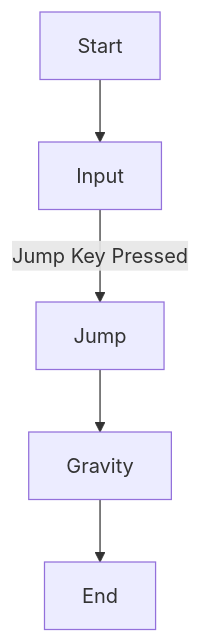
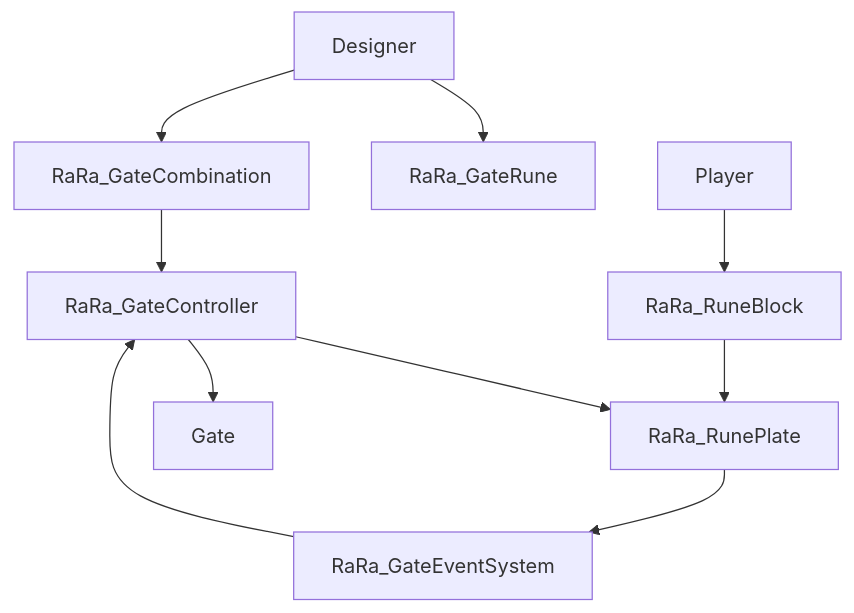
One commit to robblofield/Tomebound-Sketchpad changed the diagram in RaRa_LevelGates.md. Above: the diagram before and after it, drawn with Mermaid. The commit also changed other lines of this file, not shown here.

````diff
--- a/RaRa_LevelGates.md
+++ b/RaRa_LevelGates.md
@@ -1,7 +70,12 @@
 ```mermaid
 graph TD;
-  Start --> Input;
-  Input -->|Jump Key Pressed| Jump;
-  Jump --> Gravity;
-  Gravity --> End;
+    Designer --> RaRa_GateRune;
+    Designer --> RaRa_GateCombination;
+    RaRa_GateCombination --> RaRa_GateController;
+    RaRa_GateController --> RaRa_RunePlate;
+    Player --> RaRa_RuneBlock;
+    RaRa_RuneBlock --> RaRa_RunePlate;
+    RaRa_RunePlate --> RaRa_GateEventSystem;
+    RaRa_GateEventSystem --> RaRa_GateController;
+    RaRa_GateController --> Gate;
 ```
````
